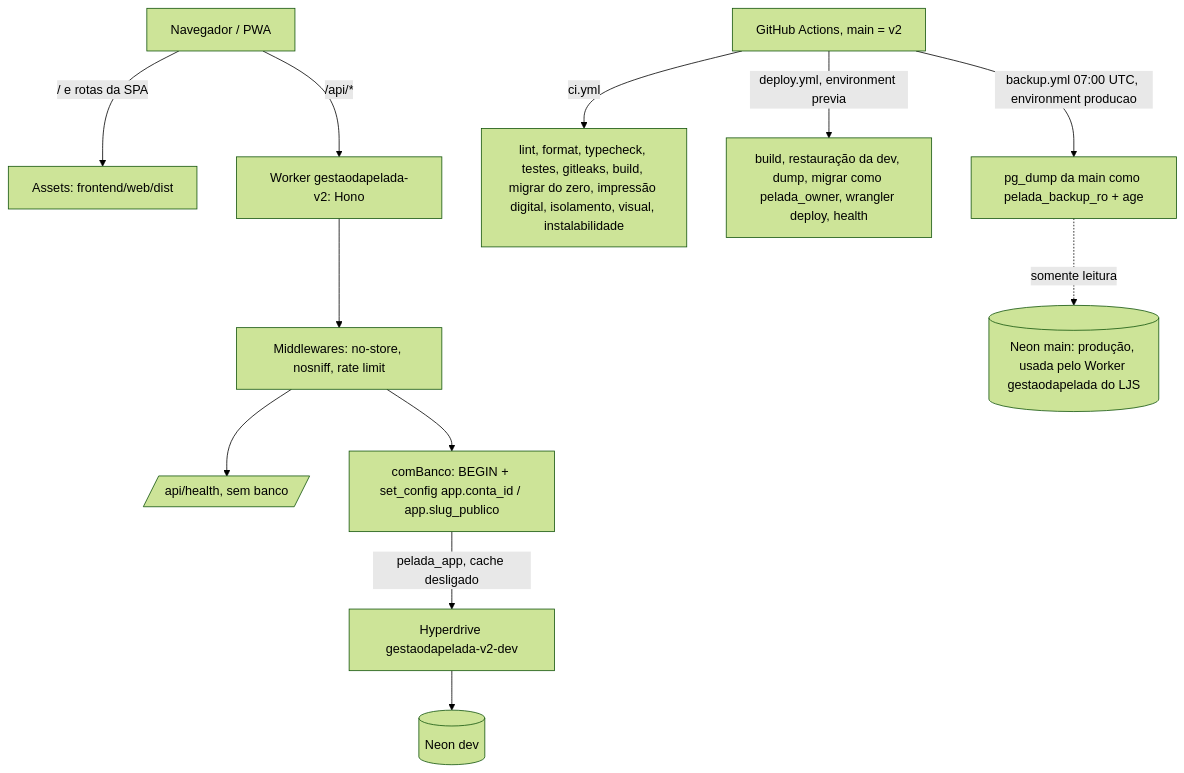
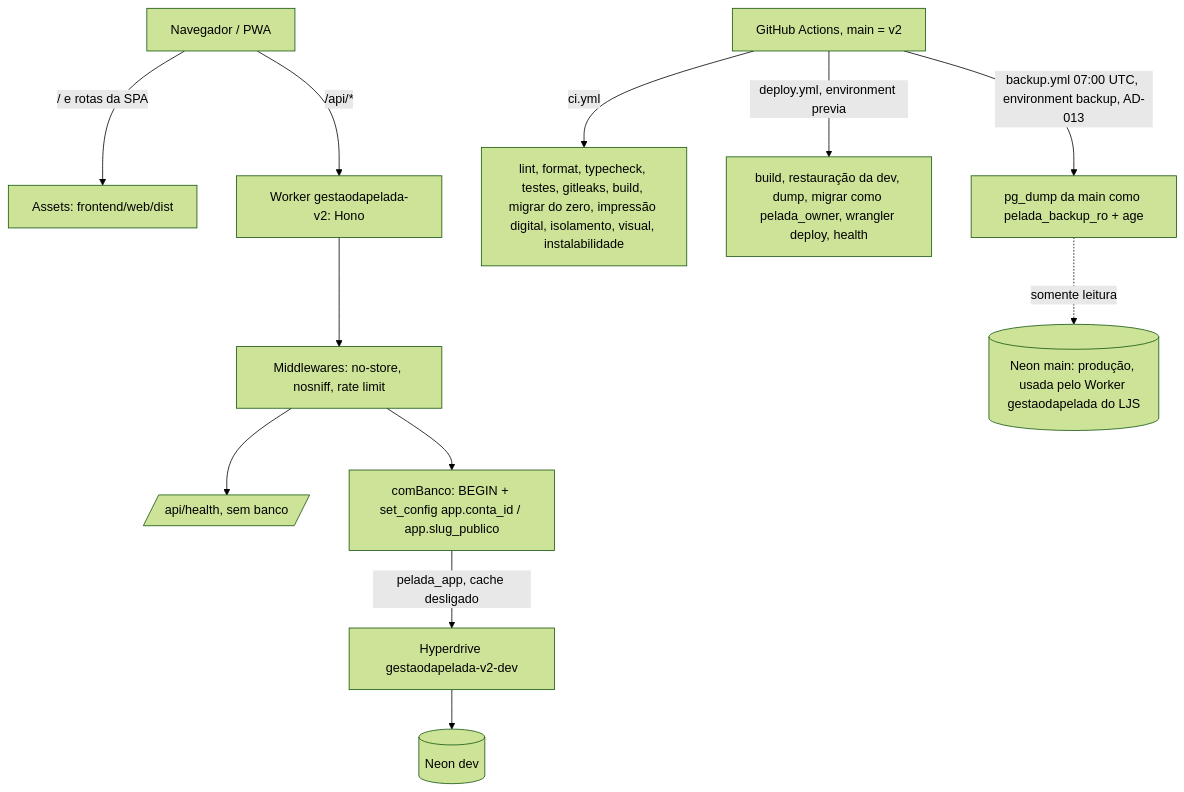
One commit to leandrosegheto17/GestaoDaPelada_LJS changed the diagram in .specs/features/fundacao/design.md. Above: the diagram before and after it, drawn with Mermaid (forest theme). The commit also changed other lines of this file and 4 other files, not shown here.

First line of the commit message:
fix(backup): usa o environment backup (AD-013, T12, FUN-47)

````diff
--- a/.specs/features/fundacao/design.md
+++ b/.specs/features/fundacao/design.md
@@ -14,13 +14,13 @@
 ```mermaid
 graph TD
     U[Navegador / PWA] -->|/ e rotas da SPA| A[Assets: frontend/web/dist]
     U -->|/api/*| W[Worker gestaodapelada-v2: Hono]
     W --> M[Middlewares: no-store, nosniff, rate limit]
     M --> H[/api/health, sem banco/]
     M --> T[comBanco: BEGIN + set_config app.conta_id / app.slug_publico]
     T -->|pelada_app, cache desligado| HD[Hyperdrive gestaodapelada-v2-dev] --> ND[(Neon dev)]
     GA[GitHub Actions, main = v2] -->|ci.yml| CI[lint, format, typecheck, testes, gitleaks, build, migrar do zero, impressão digital, isolamento, visual, instalabilidade]
     GA -->|deploy.yml, environment previa| D[build, restauração da dev, dump, migrar como pelada_owner, wrangler deploy, health]
-    GA -->|backup.yml 07:00 UTC, environment producao| B[pg_dump da main como pelada_backup_ro + age]
+    GA -->|backup.yml 07:00 UTC, environment backup, AD-013| B[pg_dump da main como pelada_backup_ro + age]
     B -.somente leitura.-> NM[(Neon main: produção, usada pelo Worker gestaodapelada do LJS)]
 ```
````
